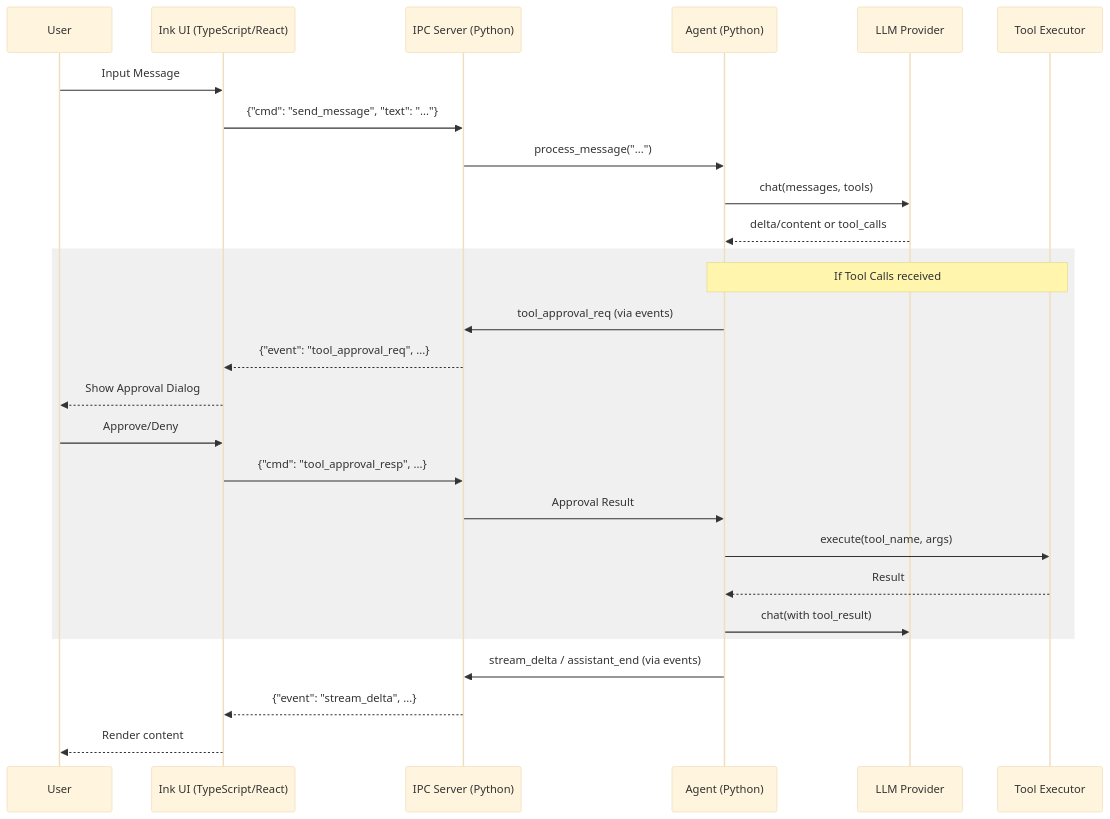
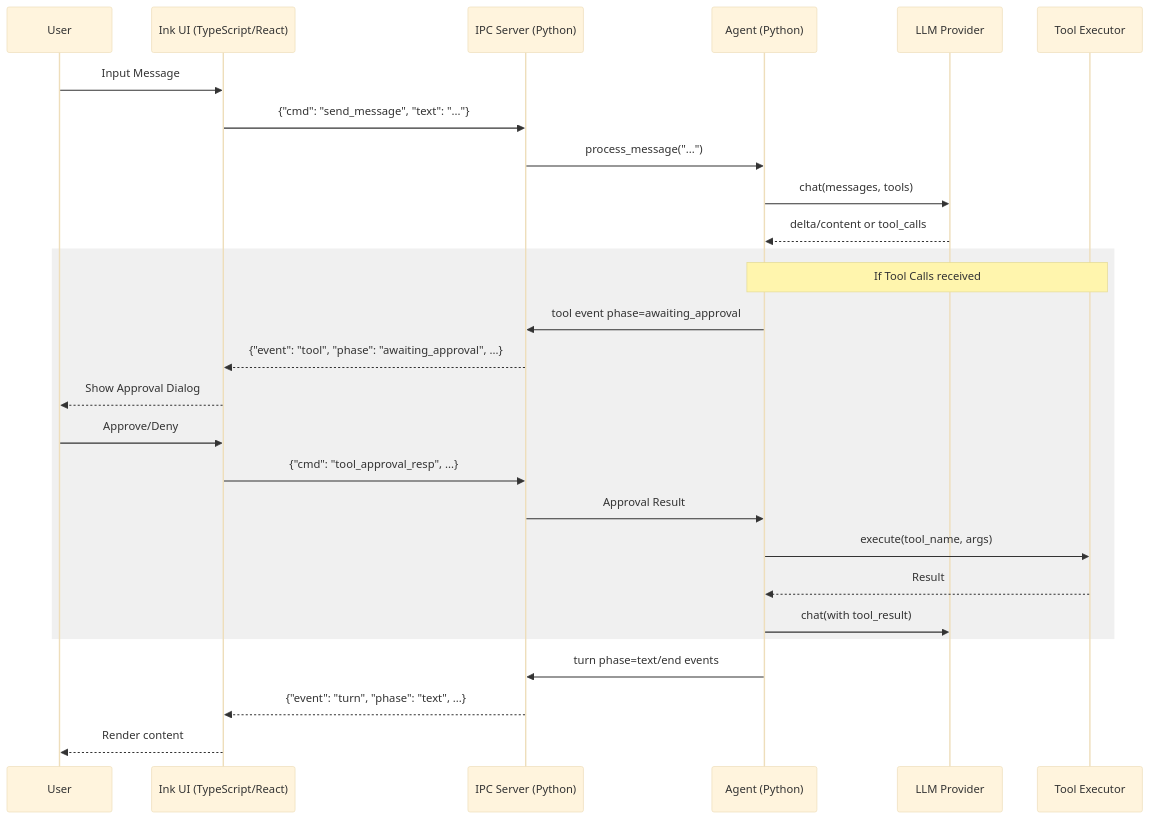
One commit to adityaanilraut/CoderAI changed the diagram in ARCHITECTURE.md. Above: the diagram before and after it, drawn with Mermaid (base theme). The commit also changed other lines of this file and 50 other files, not shown here.

First line of the commit message:
feat: harden agent loop recovery, tool safety gates, and IPC protocol

````diff
--- a/ARCHITECTURE.md
+++ b/ARCHITECTURE.md
@@ -18,32 +18,32 @@
 ```mermaid
 sequenceDiagram
     participant User
     participant UI as Ink UI (TypeScript/React)
     participant IPC as IPC Server (Python)
     participant Agent as Agent (Python)
     participant LLM as LLM Provider
     participant Tools as Tool Executor
 
     User->>UI: Input Message
     UI->>IPC: {"cmd": "send_message", "text": "..."}
     IPC->>Agent: process_message("...")
     Agent->>LLM: chat(messages, tools)
     LLM-->>Agent: delta/content or tool_calls
     
     rect rgb(240, 240, 240)
         Note over Agent, Tools: If Tool Calls received
-        Agent->>IPC: tool_approval_req (via events)
-        IPC-->>UI: {"event": "tool_approval_req", ...}
+        Agent->>IPC: tool event phase=awaiting_approval
+        IPC-->>UI: {"event": "tool", "phase": "awaiting_approval", ...}
         UI-->>User: Show Approval Dialog
         User->>UI: Approve/Deny
         UI->>IPC: {"cmd": "tool_approval_resp", ...}
         IPC->>Agent: Approval Result
         Agent->>Tools: execute(tool_name, args)
         Tools-->>Agent: Result
         Agent->>LLM: chat(with tool_result)
     end
 
-    Agent->>IPC: stream_delta / assistant_end (via events)
-    IPC-->>UI: {"event": "stream_delta", ...}
+    Agent->>IPC: turn phase=text/end events
+    IPC-->>UI: {"event": "turn", "phase": "text", ...}
     UI-->>User: Render content
 ```
````
